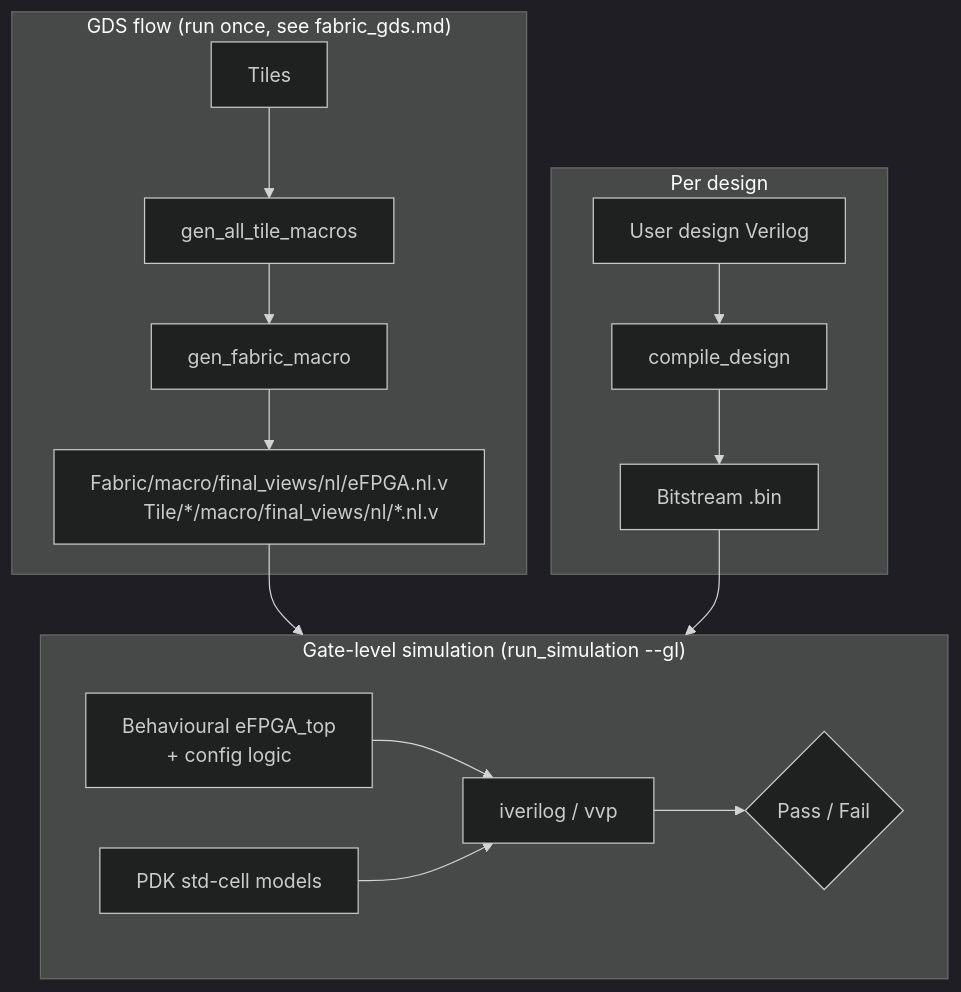
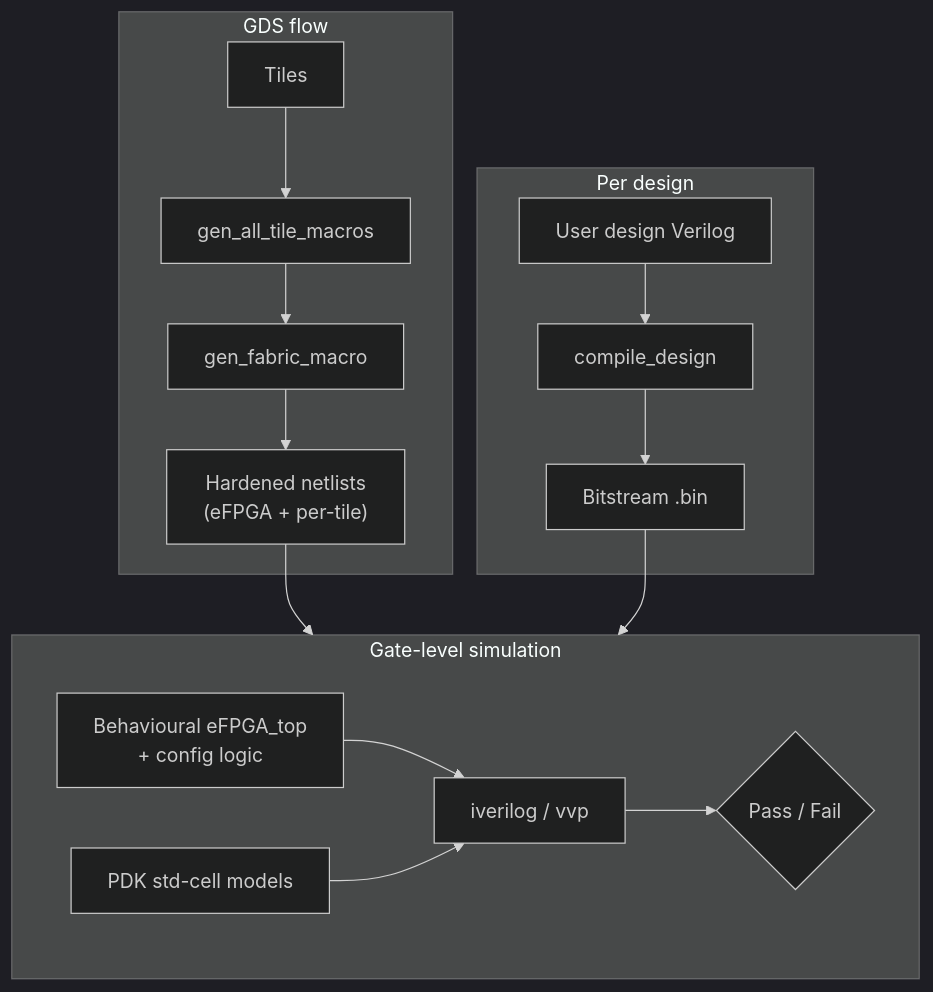
One commit to FPGA-Research/FABulous changed the diagram in docs/source/user_guide/simulation/gate_level_simulation.md. Above: the diagram before and after it, drawn with Mermaid (dark theme). The commit also changed other lines of this file and 2 other files, not shown here.

````diff
--- a/docs/source/user_guide/simulation/gate_level_simulation.md
+++ b/docs/source/user_guide/simulation/gate_level_simulation.md
@@ -27,24 +27,23 @@
 ```{mermaid}
 flowchart TB
-    subgraph harden ["GDS flow (run once, see fabric_gds.md)"]
+    subgraph harden ["GDS flow"]
         T[Tiles] --> M[gen_all_tile_macros]
         M --> S[gen_fabric_macro]
-        S --> NL["Fabric/macro/final_views/nl/eFPGA.nl.v
-        Tile/*/macro/final_views/nl/*.nl.v"]
+        S --> NL["Hardened netlists<br/>(eFPGA + per-tile)"]
     end
 
     subgraph design ["Per design"]
         U[User design Verilog] --> C[compile_design]
         C --> B[Bitstream .bin]
     end
 
-    subgraph sim ["Gate-level simulation (run_simulation --gl)"]
+    subgraph sim ["Gate-level simulation"]
         direction LR
         W["Behavioural eFPGA_top
         + config logic"] --> H["iverilog / vvp"]
         NL --> H
         PDK[PDK std-cell models] --> H
         B --> H
         H --> R{Pass / Fail}
     end
 ```
````
